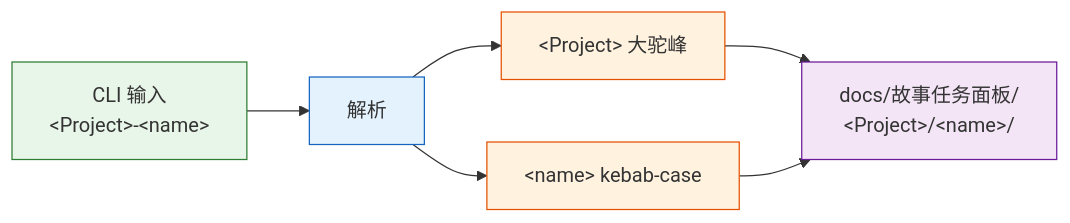
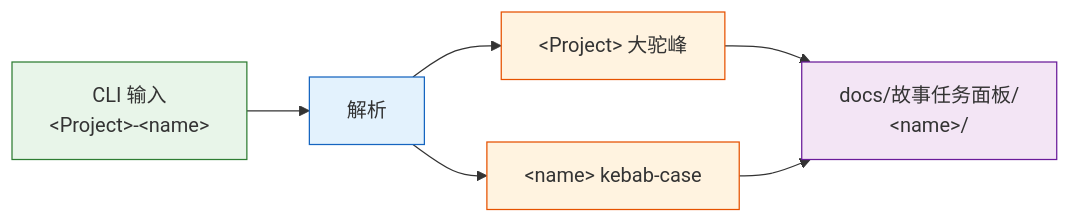
One commit to effiy/YrY changed the fourth of 9 diagrams in rules/doc-generation.md. Above: the diagram before and after it, drawn with Mermaid. The commit also changed other lines of this file and 12 other files, not shown here.

````diff
--- a/rules/doc-generation.md
+++ b/rules/doc-generation.md
@@ -112,12 +112,12 @@
 ```mermaid
 flowchart LR
     INPUT["CLI 输入<br/>&lt;Project&gt;-&lt;name&gt;"]:::src --> PARSE["解析"]:::op
     PARSE --> PROJ["&lt;Project&gt; 大驼峰"]:::rule
     PARSE --> NAME["&lt;name&gt; kebab-case"]:::rule
-    PROJ & NAME --> PATH["docs/故事任务面板/<br/>&lt;Project&gt;/&lt;name&gt;/"]:::out
+    PROJ & NAME --> PATH["docs/故事任务面板/<br/>&lt;name&gt;/"]:::out
 
     classDef src fill:#e8f5e9,stroke:#2e7d32;
     classDef op fill:#e3f2fd,stroke:#1565c0;
     classDef rule fill:#fff3e0,stroke:#e65100;
     classDef out fill:#f3e5f5,stroke:#6a1b9a;
 ```
````
